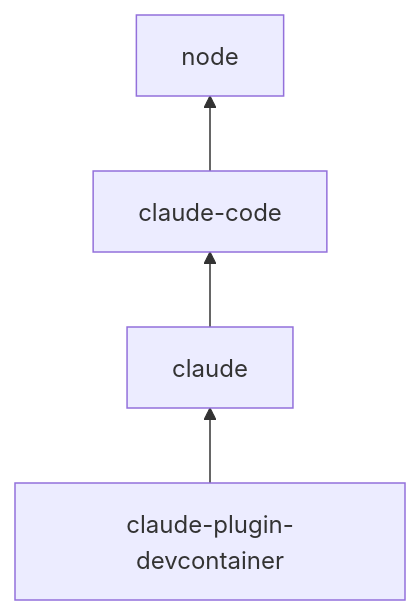
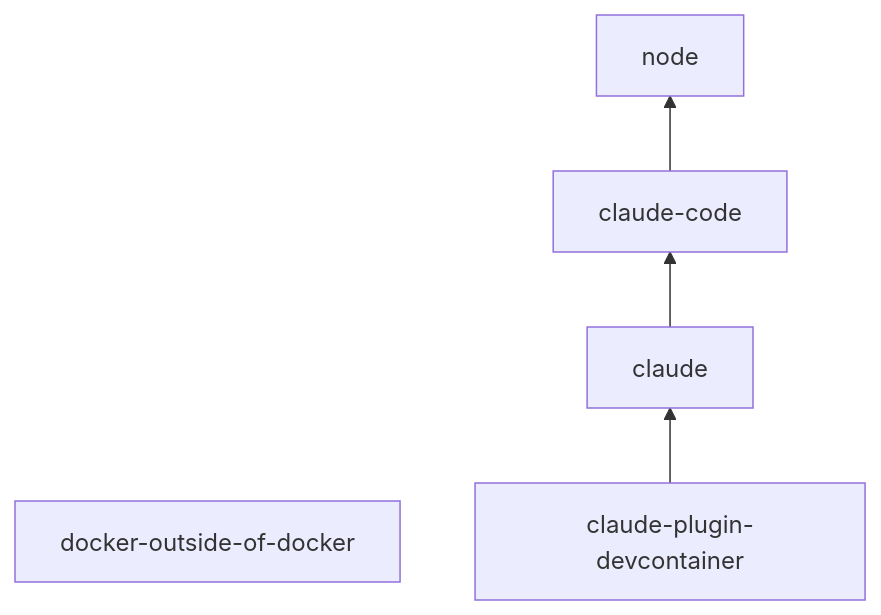
The diagram in README.md (Cleler/devcontainer-features), drawn with Mermaid before and after one commit. The commit also changed other lines of this file and 18 other files, not shown here.

First line of the commit message:
Add docker-outside-of-docker, and bump the other features to 1.1.0

````diff
--- a/README.md
+++ b/README.md
@@ -79,7 +86,8 @@
 ```mermaid
 flowchart BT
     node["node"]
+    docker["docker-outside-of-docker"]
     claude-code["claude-code"] --> node
     claude["claude"] --> claude-code
     claude-plugin-devcontainer["claude-plugin-devcontainer"] --> claude
 ```
````
